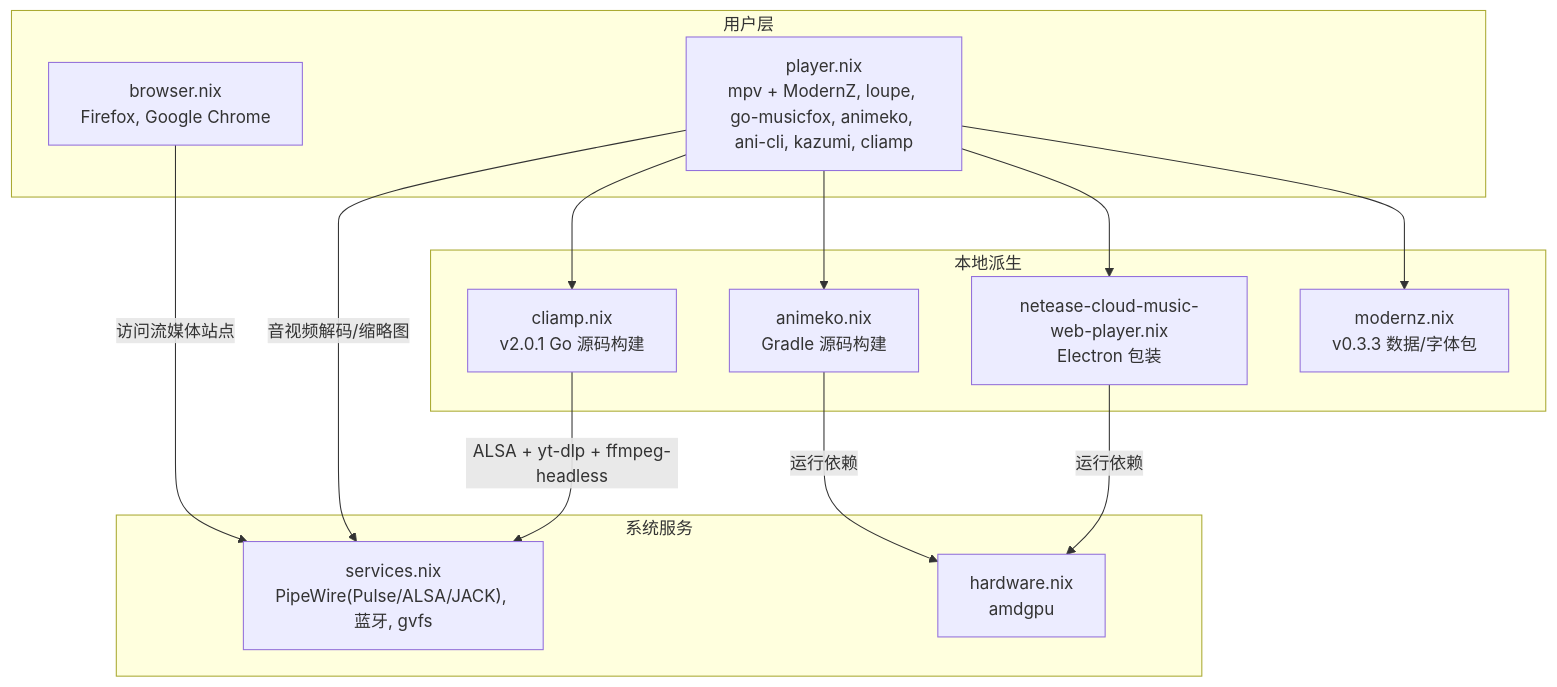
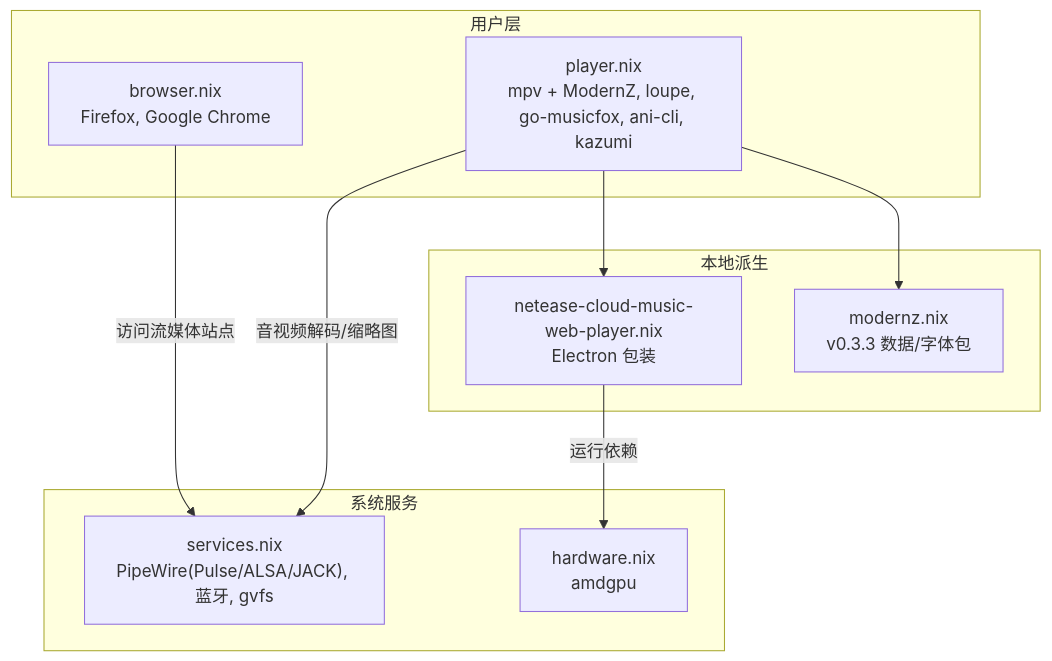
One commit to Shangshui0302/myNixOSConfig changed the diagram in wiki/leisure/media.md. Above: the diagram before and after it, drawn with Mermaid. The commit also changed other lines of this file and 7 other files, not shown here.

````diff
--- a/wiki/leisure/media.md
+++ b/wiki/leisure/media.md
@@ -14,26 +14,20 @@
 ```mermaid
 graph TB
 subgraph "用户层"
-P["player.nix<br/>mpv + ModernZ, loupe, go-musicfox, animeko, ani-cli, kazumi, cliamp"]
+P["player.nix<br/>mpv + ModernZ, loupe, go-musicfox, ani-cli, kazumi"]
 B["browser.nix<br/>Firefox, Google Chrome"]
 end
 subgraph "本地派生"
-A["animeko.nix<br/>Gradle 源码构建"]
 N["netease-cloud-music-web-player.nix<br/>Electron 包装"]
-C["cliamp.nix<br/>v2.0.1 Go 源码构建"]
 M["modernz.nix<br/>v0.3.3 数据/字体包"]
 end
 subgraph "系统服务"
 S["services.nix<br/>PipeWire(Pulse/ALSA/JACK), 蓝牙, gvfs"]
 H["hardware.nix<br/>amdgpu"]
 end
-P --> A
 P --> N
-P --> C
 P --> M
 B --> |"访问流媒体站点"| S
 P --> |"音视频解码/缩略图"| S
-A --> |"运行依赖"| H
 N --> |"运行依赖"| H
-C --> |"ALSA + yt-dlp + ffmpeg-headless"| S
 ```
````
